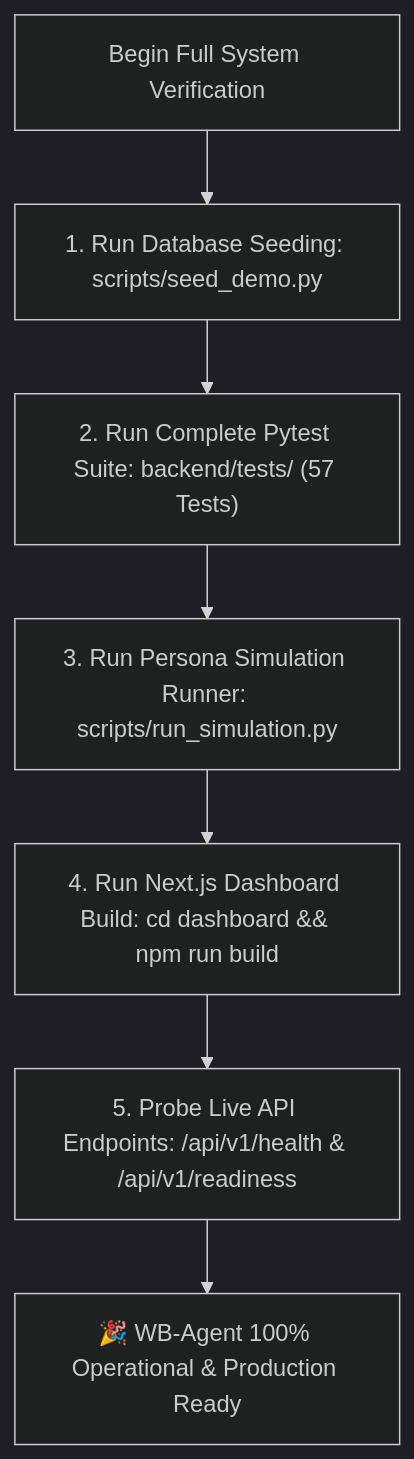
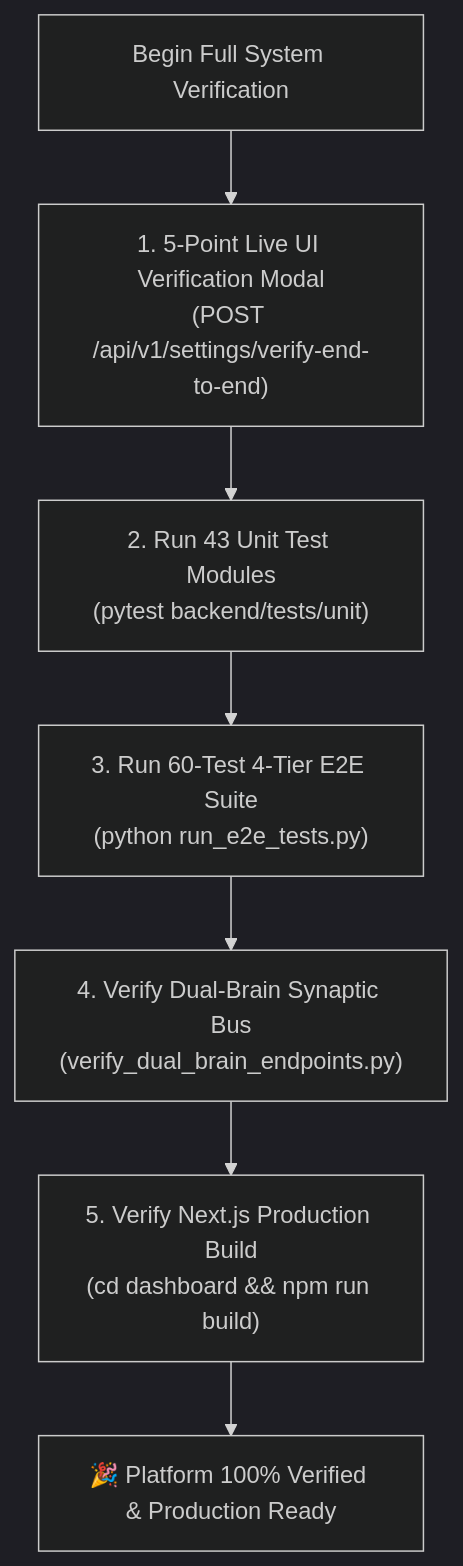
Before and after one commit to naborajs/wb-agent: the diagram in assets docs/setup/08-end-to-end-verification.md, drawn with Mermaid (dark theme). The commit also changed other lines of this file and 8 other files, not shown here.

````diff
--- a/assets docs/setup/08-end-to-end-verification.md
+++ b/assets docs/setup/08-end-to-end-verification.md
@@ -21,9 +22,9 @@
 ```mermaid
 flowchart TD
-    Start["Begin Full System Verification"] --> Step1["1. Run Database Seeding: scripts/seed_demo.py"]
-    Step1 --> Step2["2. Run Complete Pytest Suite: backend/tests/ (57 Tests)"]
-    Step2 --> Step3["3. Run Persona Simulation Runner: scripts/run_simulation.py"]
-    Step3 --> Step4["4. Run Next.js Dashboard Build: cd dashboard && npm run build"]
-    Step4 --> Step5["5. Probe Live API Endpoints: /api/v1/health & /api/v1/readiness"]
-    Step5 --> Done["🎉 WB-Agent 100% Operational & Production Ready"]
+    Start["Begin Full System Verification"] --> UIVerify["1. 5-Point Live UI Verification Modal\n(POST /api/v1/settings/verify-end-to-end)"]
+    UIVerify --> Unit["2. Run 43 Unit Test Modules\n(pytest backend/tests/unit)"]
+    Unit --> E2E["3. Run 60-Test 4-Tier E2E Suite\n(python run_e2e_tests.py)"]
+    E2E --> Brain["4. Verify Dual-Brain Synaptic Bus\n(verify_dual_brain_endpoints.py)"]
+    Brain --> Build["5. Verify Next.js Production Build\n(cd dashboard && npm run build)"]
+    Build --> Done["🎉 Platform 100% Verified & Production Ready"]
 ```
````
